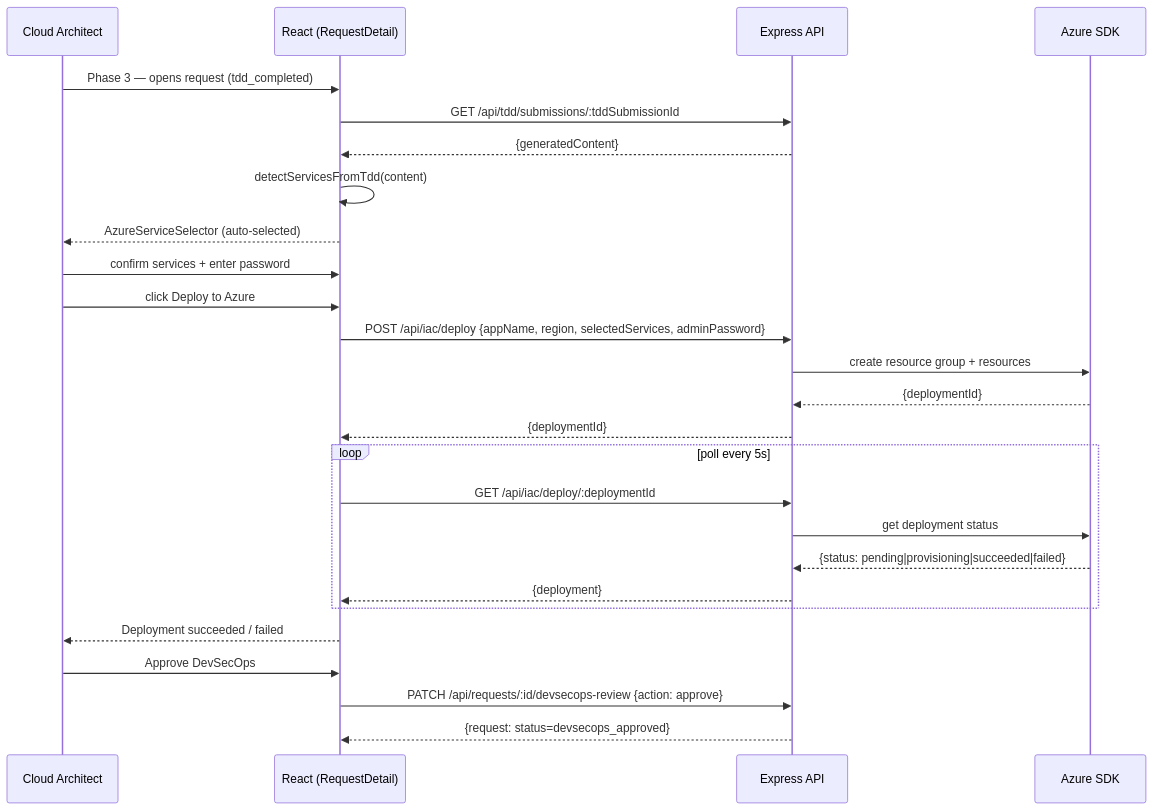
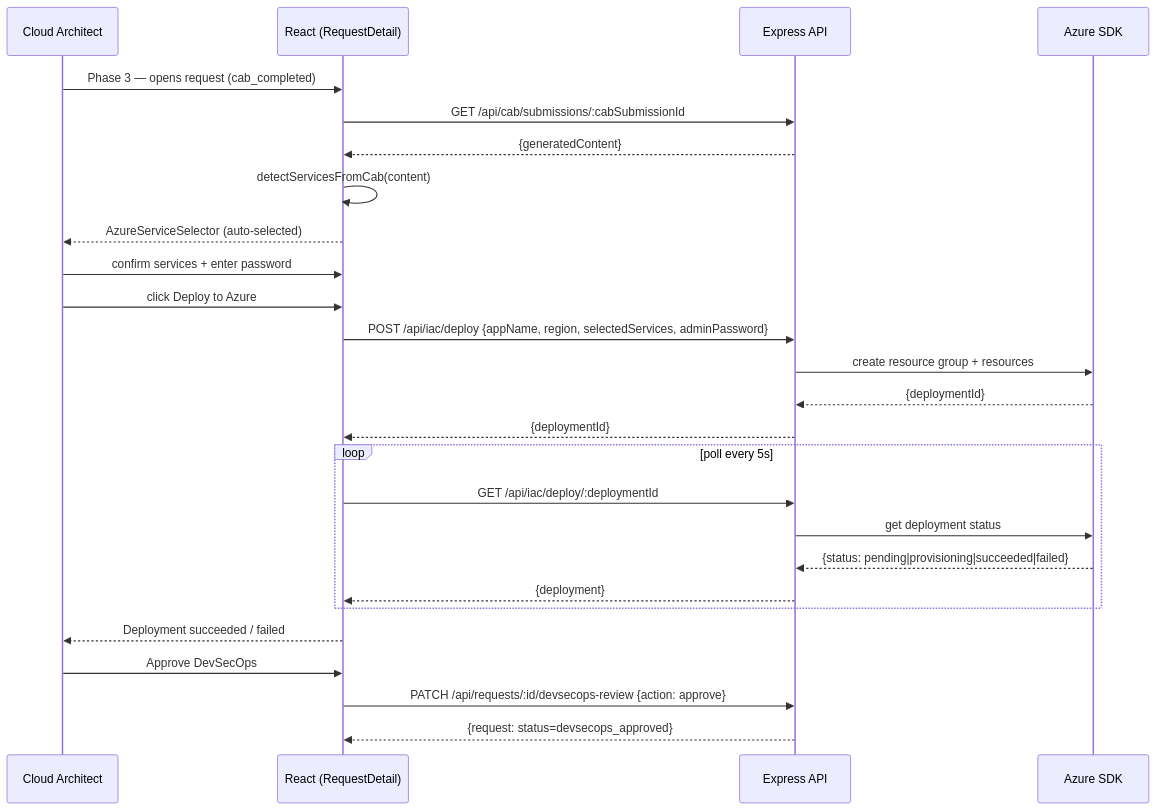
One commit to ritesh121995/unifiedportal_tdd changed diagram 11 of 13 in ARCHITECTURE.md. Above: the diagram before and after it, drawn with Mermaid. The commit also changed other lines of this file and 64 other files, not shown here.

First line of the commit message:
rebrand: rename TDD to Cloud Architecture Blueprint (CAB)

````diff
--- a/ARCHITECTURE.md
+++ b/ARCHITECTURE.md
@@ -373,32 +373,32 @@
 ```mermaid
 sequenceDiagram
     participant CA as Cloud Architect
     participant UI as React (RequestDetail)
     participant API as Express API
     participant AZ as Azure SDK
 
-    CA->>UI: Phase 3 — opens request (tdd_completed)
-    UI->>API: GET /api/tdd/submissions/:tddSubmissionId
+    CA->>UI: Phase 3 — opens request (cab_completed)
+    UI->>API: GET /api/cab/submissions/:cabSubmissionId
     API-->>UI: {generatedContent}
-    UI->>UI: detectServicesFromTdd(content)
+    UI->>UI: detectServicesFromCab(content)
     UI-->>CA: AzureServiceSelector (auto-selected)
 
     CA->>UI: confirm services + enter password
     CA->>UI: click Deploy to Azure
     UI->>API: POST /api/iac/deploy {appName, region, selectedServices, adminPassword}
     API->>AZ: create resource group + resources
     AZ-->>API: {deploymentId}
     API-->>UI: {deploymentId}
 
     loop poll every 5s
         UI->>API: GET /api/iac/deploy/:deploymentId
         API->>AZ: get deployment status
         AZ-->>API: {status: pending|provisioning|succeeded|failed}
         API-->>UI: {deployment}
     end
 
     UI-->>CA: Deployment succeeded / failed
     CA->>UI: Approve DevSecOps
     UI->>API: PATCH /api/requests/:id/devsecops-review {action: approve}
     API-->>UI: {request: status=devsecops_approved}
 ```
````
